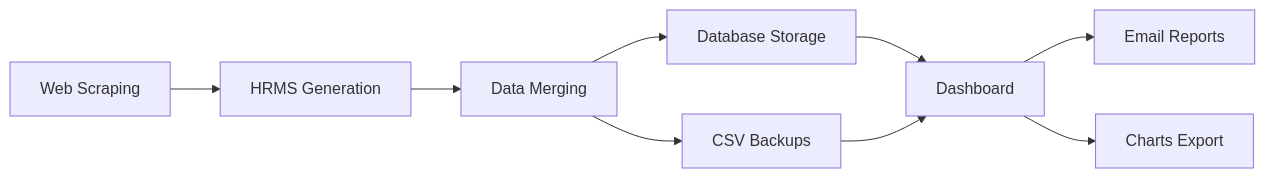
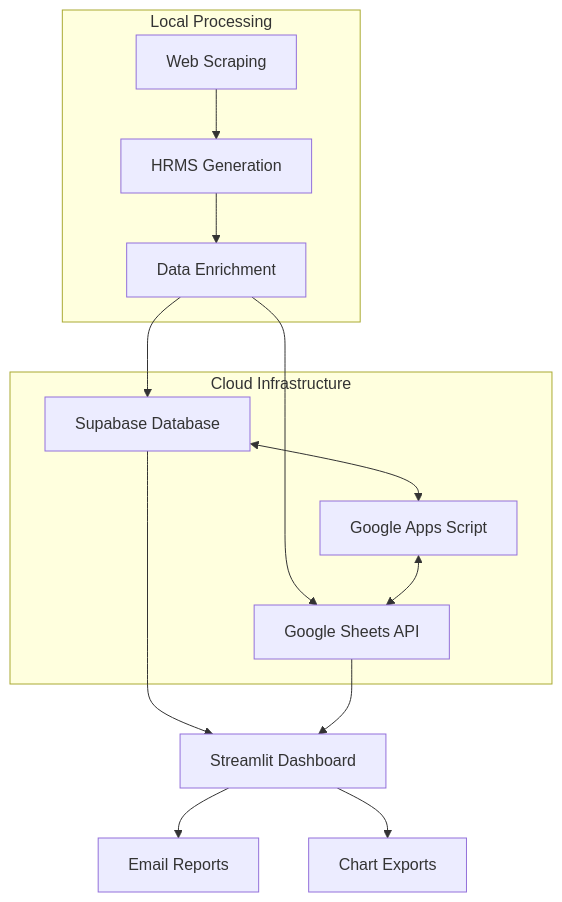
One commit to Derr009/hr-attrition-intelligence1 changed the diagram in README.md. Above: the diagram before and after it, drawn with Mermaid. The commit also changed other lines of this file, not shown here.

````diff
--- a/README.md
+++ b/README.md
@@ -127,11 +134,25 @@
 ```mermaid
-graph LR
+graph TB
     A[Web Scraping] --> B[HRMS Generation]
-    B --> C[Data Merging]
-    C --> D[Database Storage]
-    C --> E[CSV Backups]
-    D --> F[Dashboard]
-    E --> F
-    F --> G[Email Reports]
-    F --> H[Charts Export]
+    B --> C[Data Enrichment]
+    C --> D[Supabase Database]
+    C --> E[Google Sheets API]
+    D <--> F[Google Apps Script]
+    F <--> E
+    D --> G[Streamlit Dashboard]
+    E --> G
+    G --> H[Email Reports]
+    G --> I[Chart Exports]
+    
+    subgraph "Cloud Infrastructure"
+        D
+        E
+        F
+    end
+    
+    subgraph "Local Processing"
+        A
+        B
+        C
+    end
 ```
````
